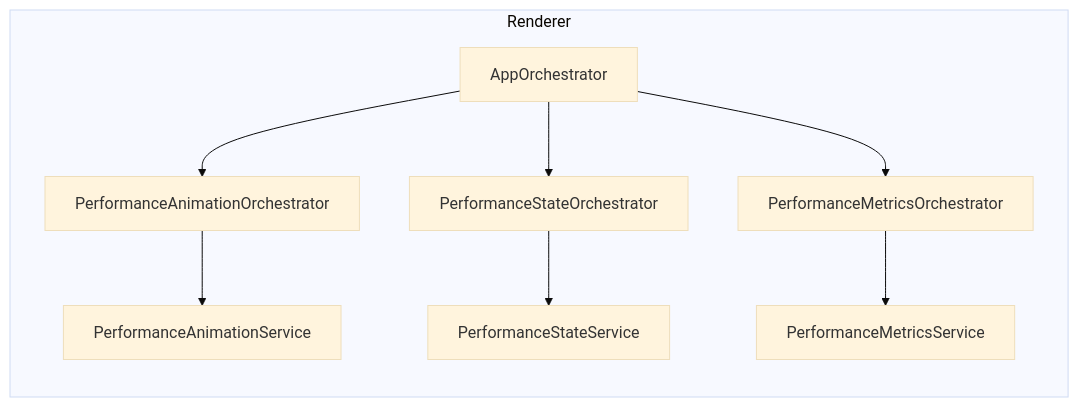
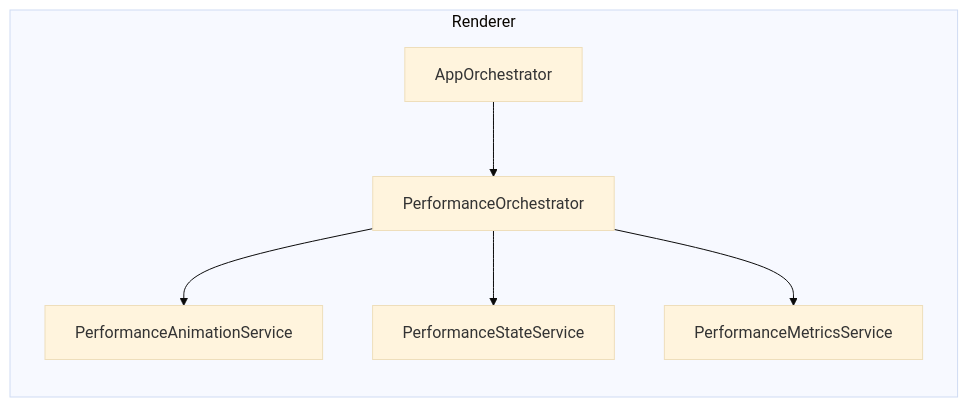
Before and after one commit to josstei/prismgb-app: the fifth of 8 diagrams in docs/architecture-diagrams.md, drawn with Mermaid (base theme). The commit also changed other lines of this file and 5 other files, not shown here.

````diff
--- a/docs/architecture-diagrams.md
+++ b/docs/architecture-diagrams.md
@@ -106,19 +110,15 @@
 ```mermaid
 flowchart LR
   subgraph RENDERER[Renderer]
     AppOrchestrator[AppOrchestrator]
-    PerformanceAnimationOrchestrator[PerformanceAnimationOrchestrator]
-    PerformanceStateOrchestrator[PerformanceStateOrchestrator]
-    PerformanceMetricsOrchestrator[PerformanceMetricsOrchestrator]
+    PerformanceOrchestrator[PerformanceOrchestrator]
     PerformanceAnimationService[PerformanceAnimationService]
     PerformanceStateService[PerformanceStateService]
     PerformanceMetricsService[PerformanceMetricsService]
   end
 
-  AppOrchestrator --> PerformanceAnimationOrchestrator
-  AppOrchestrator --> PerformanceStateOrchestrator
-  AppOrchestrator --> PerformanceMetricsOrchestrator
-  PerformanceAnimationOrchestrator --> PerformanceAnimationService
-  PerformanceStateOrchestrator --> PerformanceStateService
-  PerformanceMetricsOrchestrator --> PerformanceMetricsService
+  AppOrchestrator --> PerformanceOrchestrator
+  PerformanceOrchestrator --> PerformanceAnimationService
+  PerformanceOrchestrator --> PerformanceStateService
+  PerformanceOrchestrator --> PerformanceMetricsService
 ```
````
